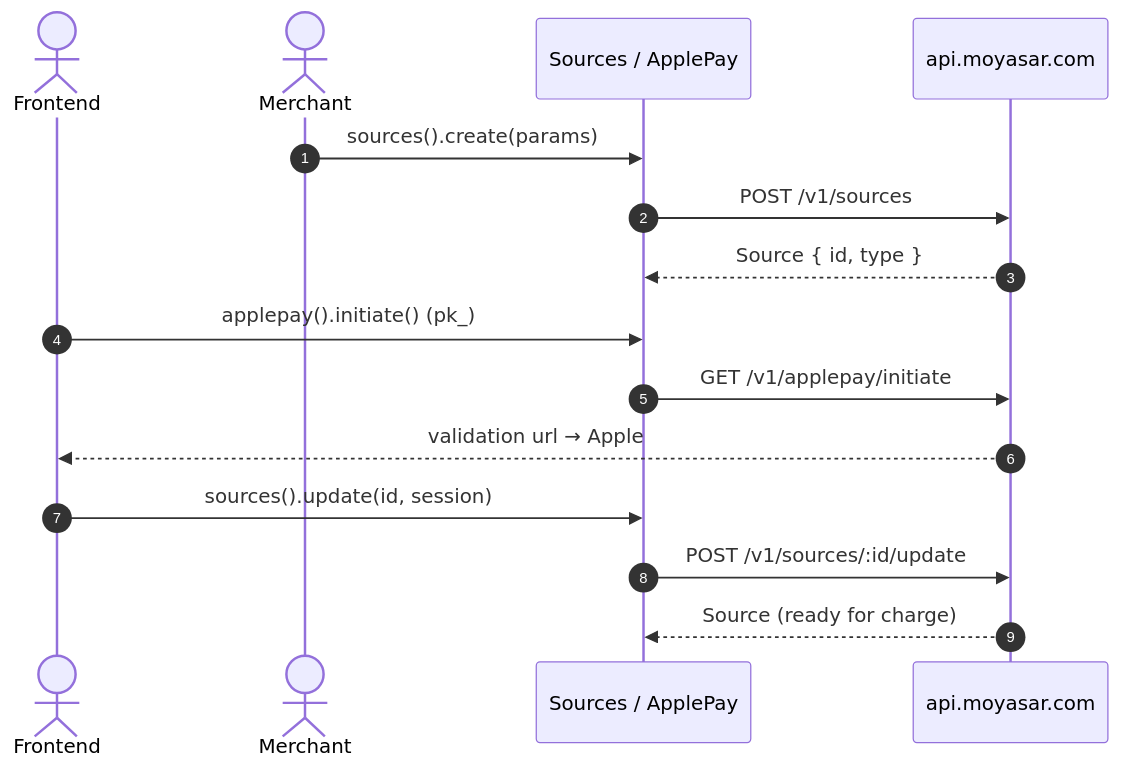
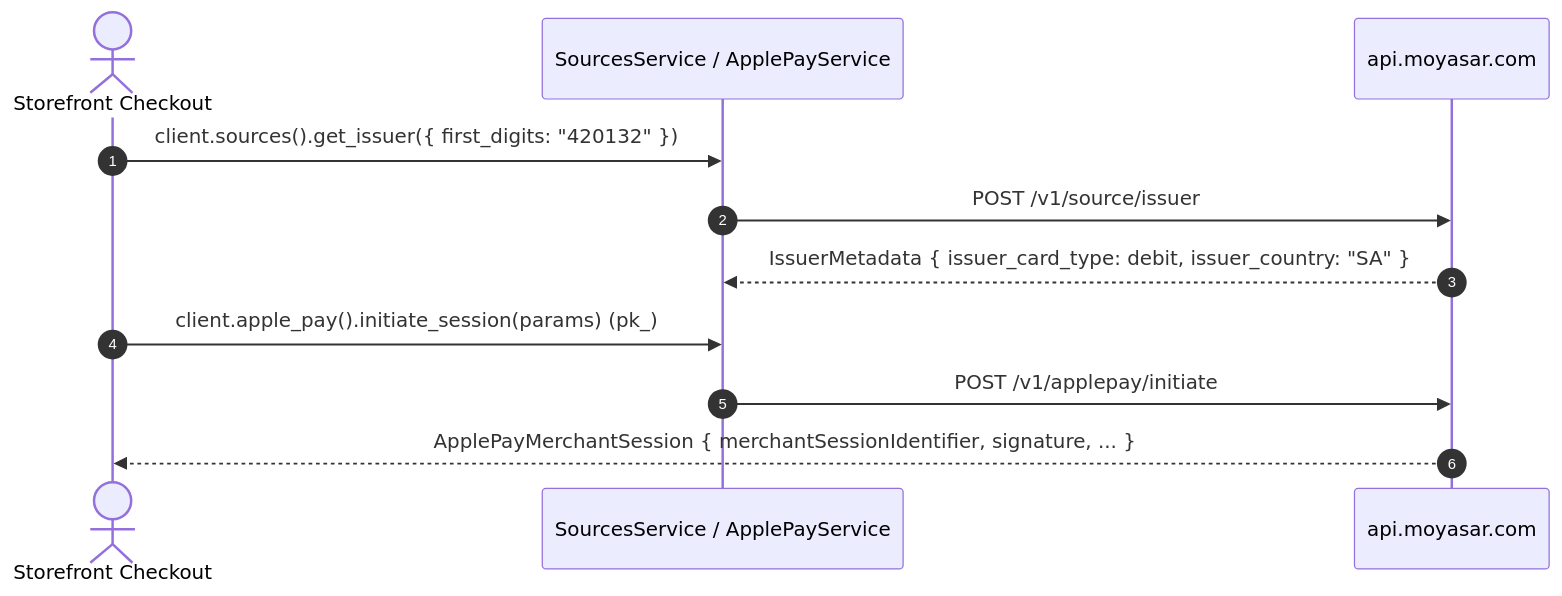
Before and after one commit to some-of-cs/some-moyasar: the diagram in docs/user-stories/module-7-sources-webhooks/US-7.1.0-sources-applepay.md, drawn with Mermaid. The commit also changed other lines of this file and 25 other files, not shown here.

First line of the commit message:
docs(specs): remediate decomposition roadmap and all 23 user stories for divide-and-conquer readiness

````diff
--- a/docs/user-stories/module-7-sources-webhooks/US-7.1.0-sources-applepay.md
+++ b/docs/user-stories/module-7-sources-webhooks/US-7.1.0-sources-applepay.md
@@ -141,18 +148,14 @@
 ```mermaid
 sequenceDiagram
     autonumber
-    actor Frontend
-    actor Merchant
-    participant Svc as Sources / ApplePay
+    actor Checkout as Storefront Checkout
+    participant Src as SourcesService / ApplePayService
     participant API as api.moyasar.com
 
-    Merchant->>Svc: sources().create(params)
-    Svc->>API: POST /v1/sources
-    API-->>Svc: Source { id, type }
-    Frontend->>Svc: applepay().initiate()   (pk_)
-    Svc->>API: GET /v1/applepay/initiate
-    API-->>Frontend: validation url → Apple
-    Frontend->>Svc: sources().update(id, session)
-    Svc->>API: POST /v1/sources/:id/update
-    API-->>Svc: Source (ready for charge)
+    Checkout->>Src: client.sources().get_issuer({ first_digits: "420132" })
+    Src->>API: POST /v1/source/issuer
+    API-->>Src: IssuerMetadata { issuer_card_type: debit, issuer_country: "SA" }
+    Checkout->>Src: client.apple_pay().initiate_session(params) (pk_)
+    Src->>API: POST /v1/applepay/initiate
+    API-->>Checkout: ApplePayMerchantSession { merchantSessionIdentifier, signature, ... }
 ```
````
